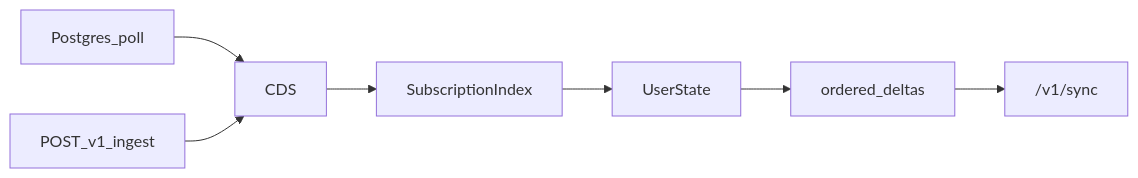
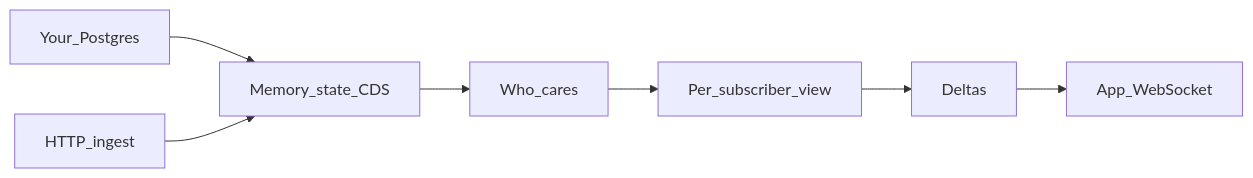
One commit to VinyaAI/SubState changed the diagram in README.md. Above: the diagram before and after it, drawn with Mermaid. The commit also changed other lines of this file, not shown here.

````diff
--- a/README.md
+++ b/README.md
@@ -17,9 +80,9 @@
 ```mermaid
 flowchart LR
-  pg[Postgres_poll] --> cds[CDS]
-  ingest[POST_v1_ingest] --> cds
-  cds --> idx[SubscriptionIndex]
-  idx --> us[UserState]
-  us --> deltas[ordered_deltas]
-  deltas --> ws["/v1/sync"]
+  pg[Your_Postgres] --> cds[Memory_state_CDS]
+  ingest[HTTP_ingest] --> cds
+  cds --> idx[Who_cares]
+  idx --> us[Per_subscriber_view]
+  us --> deltas[Deltas]
+  deltas --> ws[App_WebSocket]
 ```
````
